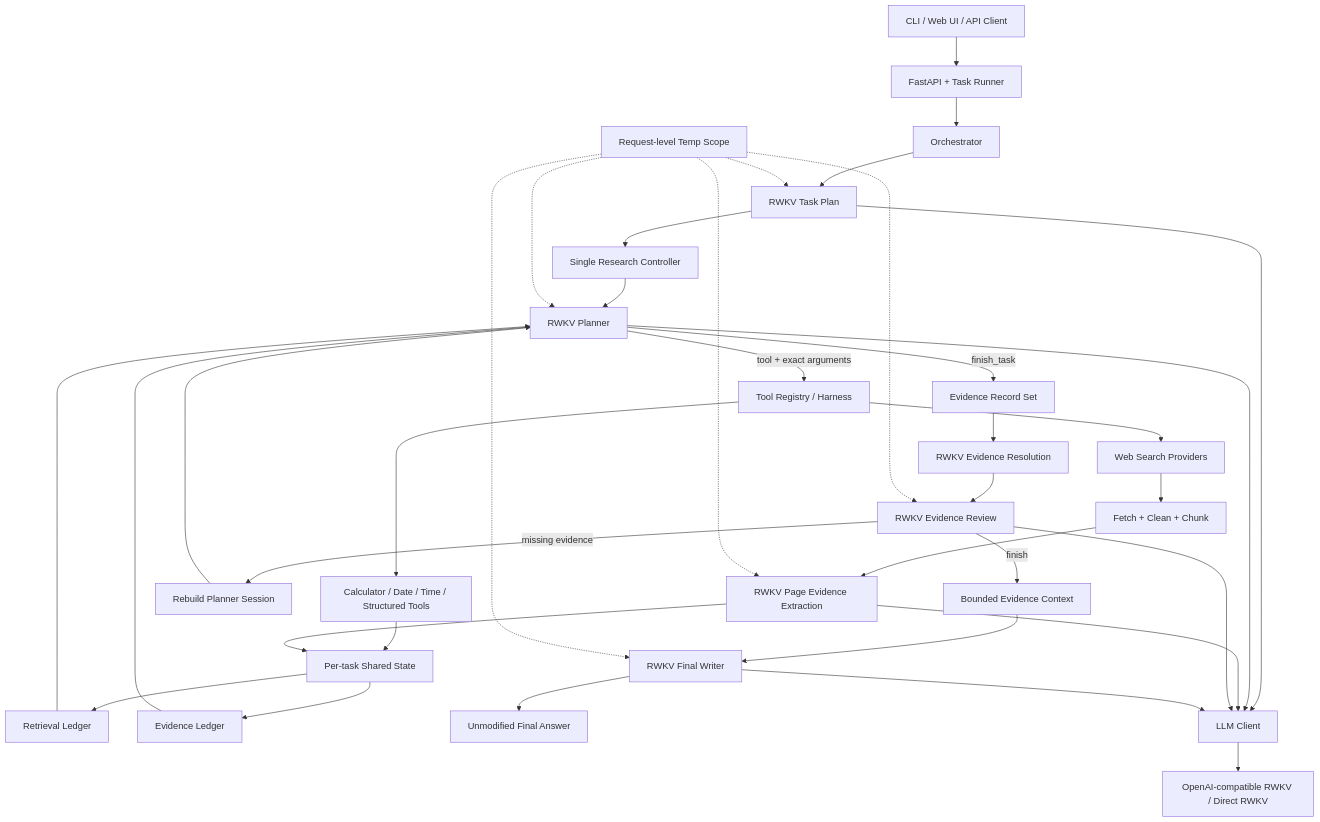
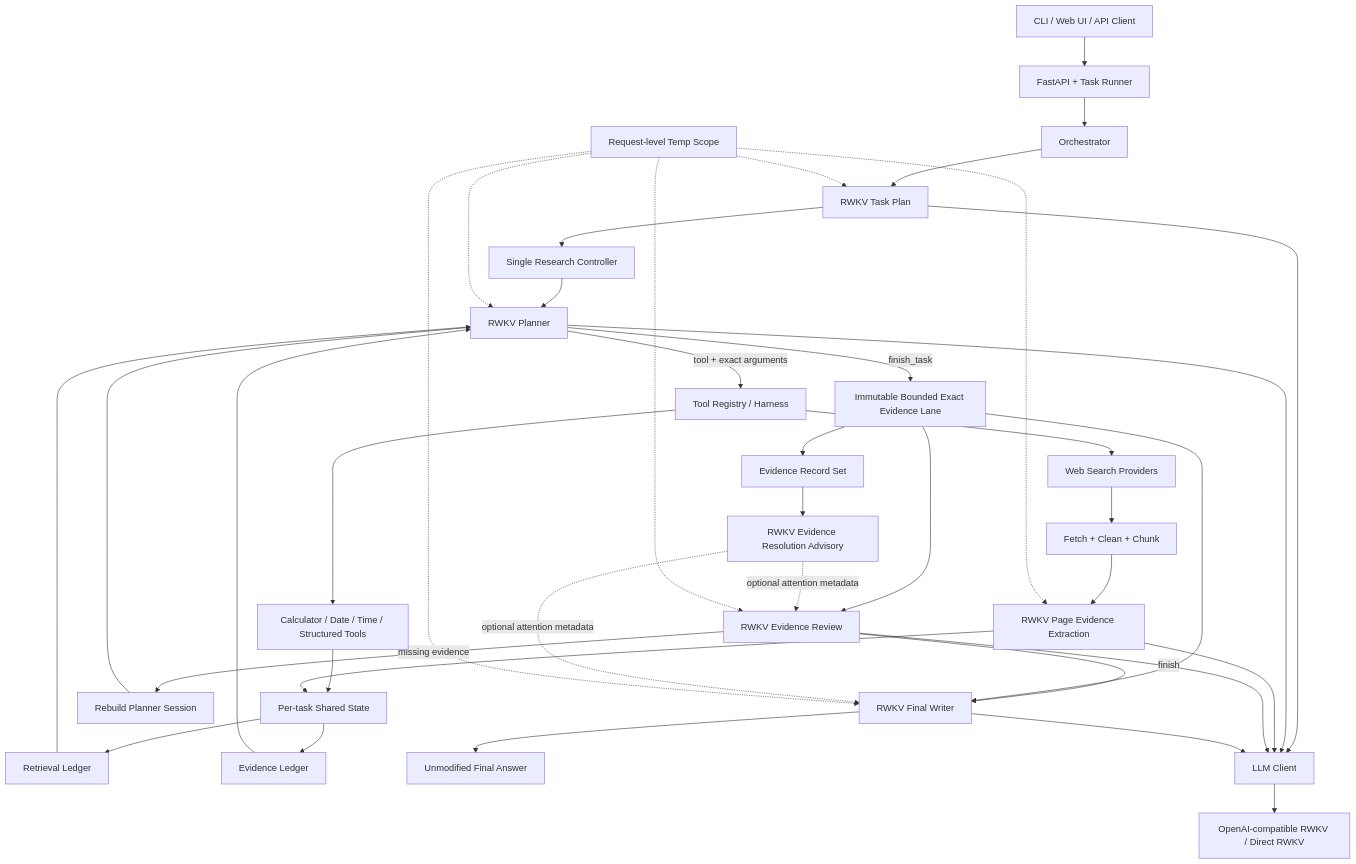
One commit to rwkv-rs/RWKV-Scout changed the diagram in README.md. Above: the diagram before and after it, drawn with Mermaid. The commit also changed other lines of this file and 16 other files, not shown here.

````diff
--- a/README.md
+++ b/README.md
@@ -19,39 +19,42 @@
 ```mermaid
 flowchart TD
     U["CLI / Web UI / API Client"] --> API["FastAPI + Task Runner"]
     API --> O["Orchestrator"]
     O --> TP["RWKV Task Plan"]
     TP --> C["Single Research Controller"]
     C --> P["RWKV Planner"]
     P -->|tool + exact arguments| R["Tool Registry / Harness"]
     R --> DT["Calculator / Date / Time / Structured Tools"]
     R --> WS["Web Search Providers"]
     WS --> FC["Fetch + Clean + Chunk"]
     FC --> PE["RWKV Page Evidence Extraction"]
     DT --> S["Per-task Shared State"]
     PE --> S
     S --> RL["Retrieval Ledger"]
     S --> CL["Evidence Ledger"]
     RL --> P
     CL --> P
-    P -->|finish_task| ERS["Evidence Record Set"]
-    ERS --> ER["RWKV Evidence Resolution"]
-    ER --> V["RWKV Evidence Review"]
+    P -->|finish_task| EC["Immutable Bounded Exact Evidence Lane"]
+    EC --> ERS["Evidence Record Set"]
+    ERS --> ER["RWKV Evidence Resolution Advisory"]
+    EC --> V["RWKV Evidence Review"]
+    ER -.->|optional attention metadata| V
     V -->|missing evidence| RP["Rebuild Planner Session"]
     RP --> P
-    V -->|finish| EC["Bounded Evidence Context"]
-    EC --> W["RWKV Final Writer"]
+    V -->|finish| W["RWKV Final Writer"]
+    EC --> W
+    ER -.->|optional attention metadata| W
     W --> A["Unmodified Final Answer"]
 
     T["Request-level Temp Scope"] -.-> TP
     T -.-> P
     T -.-> PE
     T -.-> V
     T -.-> W
     TP --> RT["LLM Client"]
     P --> RT
     PE --> RT
     V --> RT
     W --> RT
     RT --> OC["OpenAI-compatible RWKV / Direct RWKV"]
 ```
````
